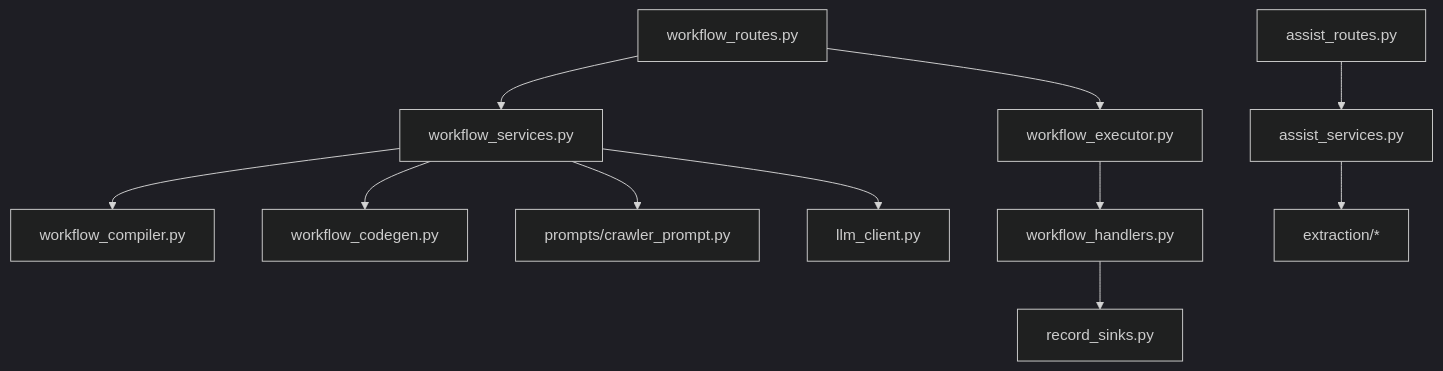
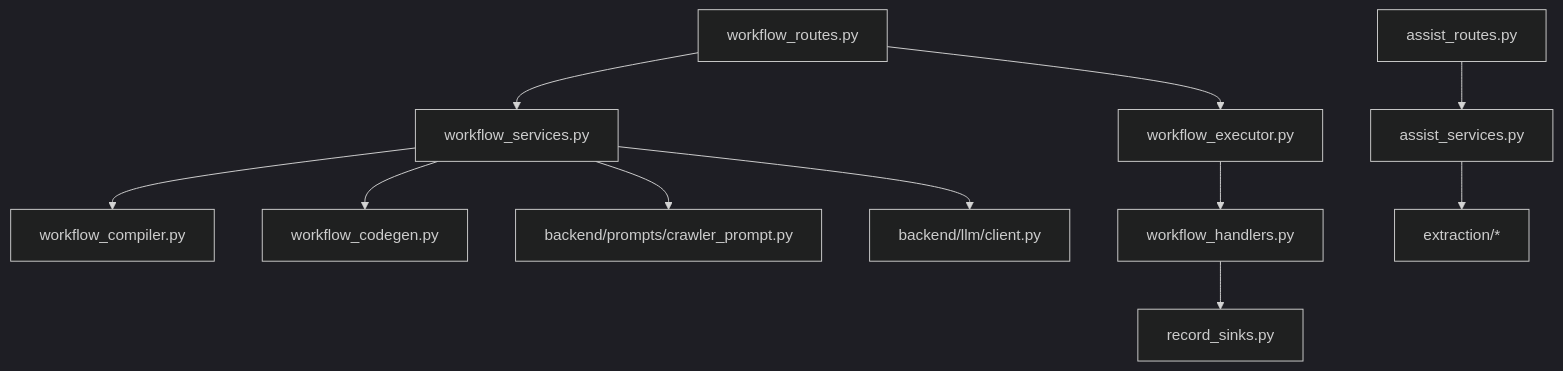
Before and after one commit to tuisemo/crawler-pipeline-builder: the second of 5 diagrams in docs/engineering-diagnosis-and-optimization-plan.md, drawn with Mermaid (dark theme). The commit also changed other lines of this file and 130 other files, not shown here.

````diff
--- a/docs/engineering-diagnosis-and-optimization-plan.md
+++ b/docs/engineering-diagnosis-and-optimization-plan.md
@@ -97,13 +94,13 @@
 ```mermaid
 flowchart TD
     R["workflow_routes.py"] --> S["workflow_services.py"]
     R --> E["workflow_executor.py"]
     S --> C["workflow_compiler.py"]
     S --> G["workflow_codegen.py"]
-    S --> P["prompts/crawler_prompt.py"]
-    S --> L["llm_client.py"]
+    S --> P["backend/prompts/crawler_prompt.py"]
+    S --> L["backend/llm/client.py"]
     E --> H["workflow_handlers.py"]
     H --> K["record_sinks.py"]
     AR["assist_routes.py"] --> AS["assist_services.py"]
     AS --> X["extraction/*"]
 ```
````
